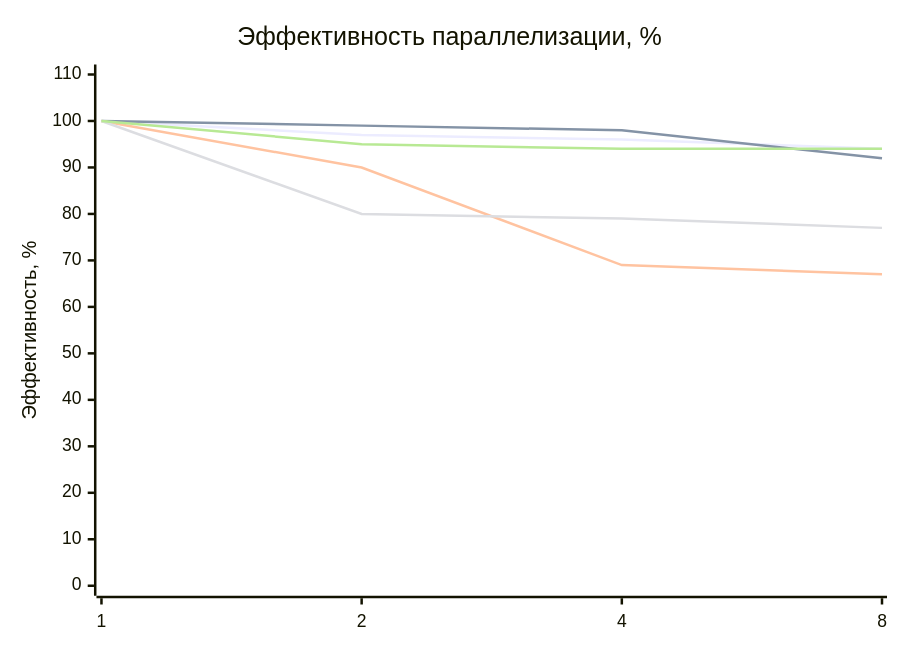
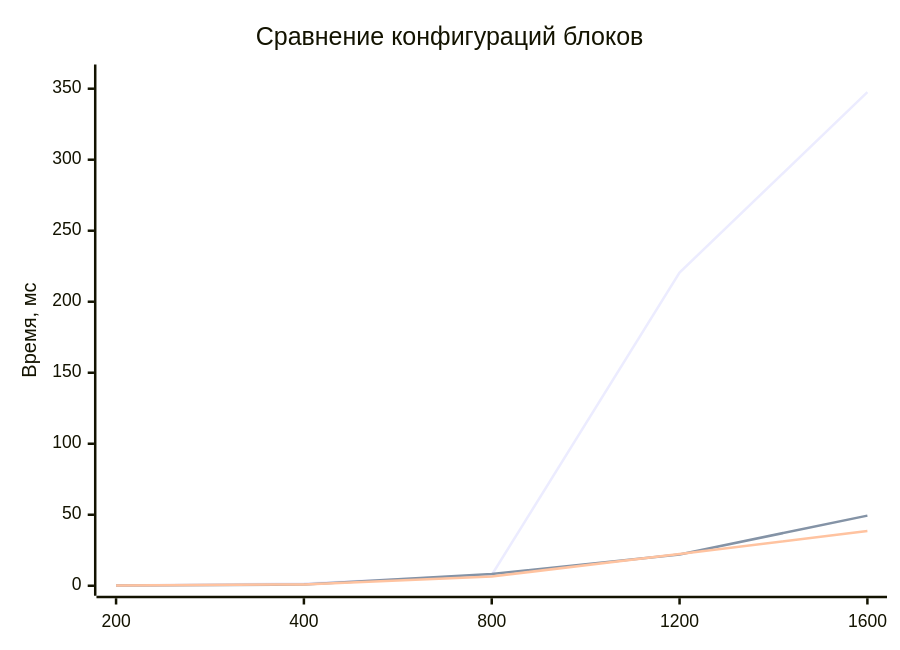
The seventh of 7 diagrams in README.md (sanek4338/Parallelnoe_Programming), drawn with Mermaid before and after one commit. The commit also changed other lines of this file and 3 other files, not shown here.

````diff
--- a/README.md
+++ b/README.md
@@ -134,11 +222,9 @@
 ```mermaid
 xychart-beta
-    title "Эффективность параллелизации, %"
-    x-axis [1, 2, 4, 8]
-    y-axis "Эффективность, %" 0 --> 110
-    line "N=200" [100, 97, 96, 94]
-    line "N=400" [100, 99, 98, 92]
-    line "N=800" [100, 90, 69, 67]
-    line "N=1200" [100, 80, 79, 77]
-    line "N=1600" [100, 95, 94, 94]
+    title "Сравнение конфигураций блоков"
+    x-axis [200, 400, 800, 1200, 1600]
+    y-axis "Время, мс" 0 --> 360
+    line "Block 8x8" [0.158272, 1.568770, 7.555870, 220.555, 347.536]
+    line "Block 16x16" [0.133664, 0.824576, 8.228580, 22.058400, 49.376100]
+    line "Block 32x32" [0.167424, 0.937984, 6.531140, 22.413700, 38.570000]
 ```
````
